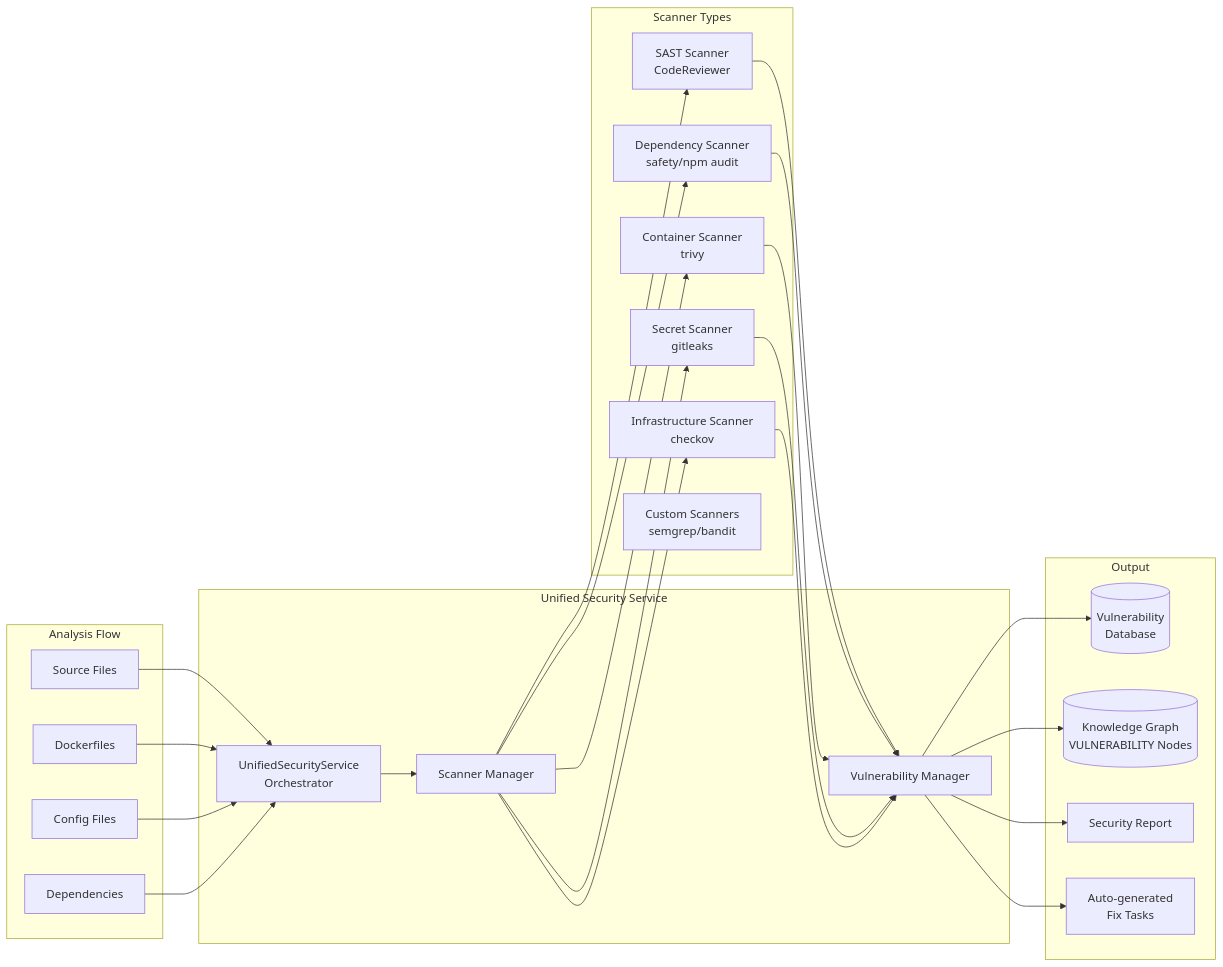
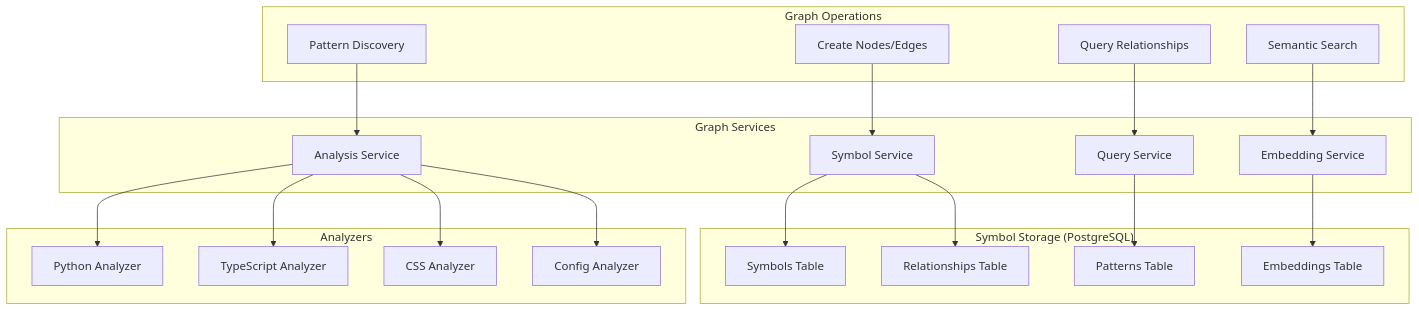
Before and after one commit to CrewWorkAI/docs: the fourth of 13 diagrams in architecture-diagrams.md, drawn with Mermaid. The commit also changed other lines of this file and 11 other files, not shown here.

First line of the commit message:
Adds initial architecture documentation

````diff
--- a/architecture-diagrams.md
+++ b/architecture-diagrams.md
@@ -304,54 +163,45 @@
 ```mermaid
-flowchart LR
-    subgraph "Unified Security Service"
-        USS[UnifiedSecurityService<br/>Orchestrator]
-        SCANNER_MGR[Scanner Manager]
-        VULN_MGR[Vulnerability Manager]
+graph TD
+    subgraph "Symbol Storage (PostgreSQL)"
+        ST[Symbols Table]
+        RT[Relationships Table]
+        PT[Patterns Table]
+        ET[Embeddings Table]
     end
     
-    subgraph "Scanner Types"
-        SAST[SAST Scanner<br/>CodeReviewer]
-        DEP[Dependency Scanner<br/>safety/npm audit]
-        CONTAINER[Container Scanner<br/>trivy]
-        SECRET[Secret Scanner<br/>gitleaks]
-        INFRA[Infrastructure Scanner<br/>checkov]
-        CUSTOM[Custom Scanners<br/>semgrep/bandit]
+    subgraph "Graph Services"
+        SS[Symbol Service]
+        QS[Query Service]
+        AS[Analysis Service]
+        ES[Embedding Service]
     end
     
-    subgraph "Analysis Flow"
-        FILES[Source Files]
-        DOCKER[Dockerfiles]
-        CONFIGS[Config Files]
-        DEPS[Dependencies]
+    subgraph "Analyzers"
+        PY[Python Analyzer]
+        TS[TypeScript Analyzer]
+        CSS[CSS Analyzer]
+        CFG[Config Analyzer]
     end
     
-    subgraph "Output"
-        VULNS[(Vulnerability<br/>Database)]
-        KG[(Knowledge Graph<br/>VULNERABILITY Nodes)]
-        REPORT[Security Report]
-        TASKS[Auto-generated<br/>Fix Tasks]
+    subgraph "Graph Operations"
+        CREATE[Create Nodes/Edges]
+        QUERY[Query Relationships]
+        ANALYZE[Pattern Discovery]
+        SEARCH[Semantic Search]
     end
     
-    FILES --> USS
-    DOCKER --> USS
-    CONFIGS --> USS
-    DEPS --> USS
+    AS --> PY
+    AS --> TS
+    AS --> CSS
+    AS --> CFG
     
-    USS --> SCANNER_MGR
-    SCANNER_MGR --> SAST
-    SCANNER_MGR --> DEP
-    SCANNER_MGR --> CONTAINER
-    SCANNER_MGR --> SECRET
-    SCANNER_MGR --> INFRA
+    SS --> ST
+    SS --> RT
+    QS --> PT
+    ES --> ET
     
-    SAST --> VULN_MGR
-    DEP --> VULN_MGR
-    CONTAINER --> VULN_MGR
-    SECRET --> VULN_MGR
-    INFRA --> VULN_MGR
-    
-    VULN_MGR --> VULNS
-    VULN_MGR --> KG
-    VULN_MGR --> REPORT
-    VULN_MGR --> TASKS
+    CREATE --> SS
+    QUERY --> QS
+    ANALYZE --> AS
+    SEARCH --> ES
 ```
````
